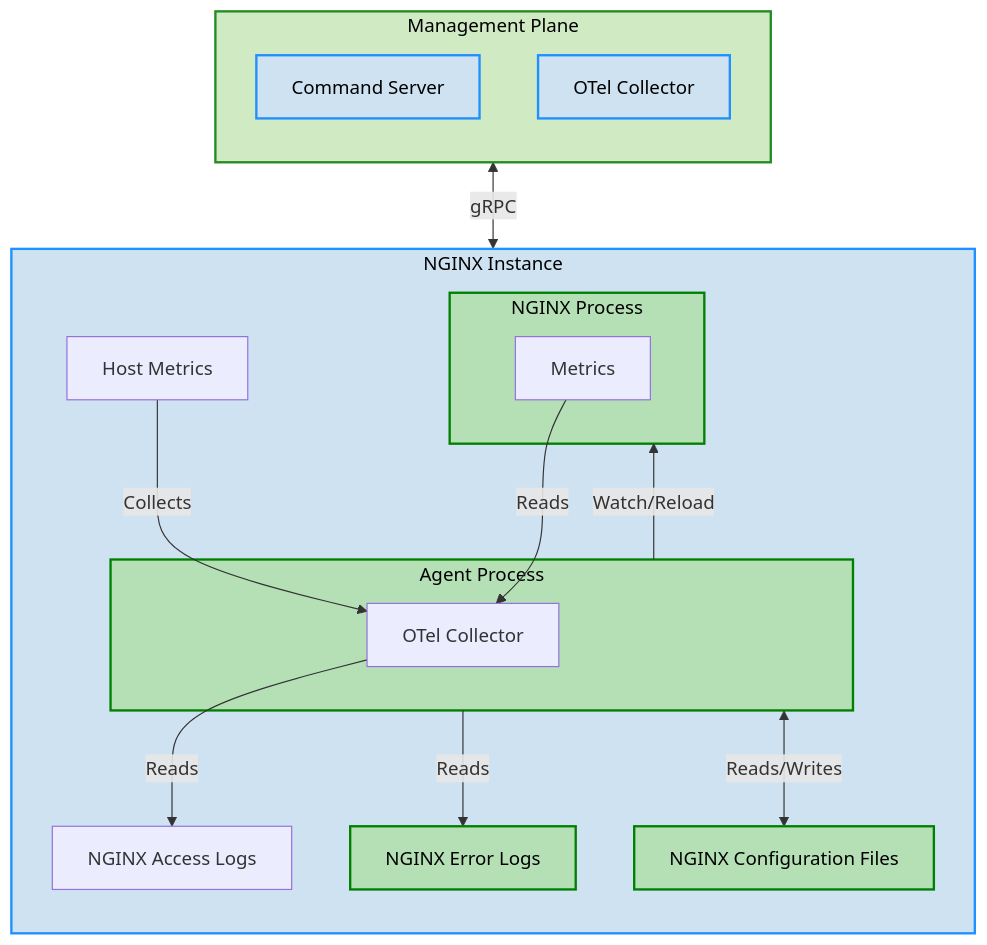
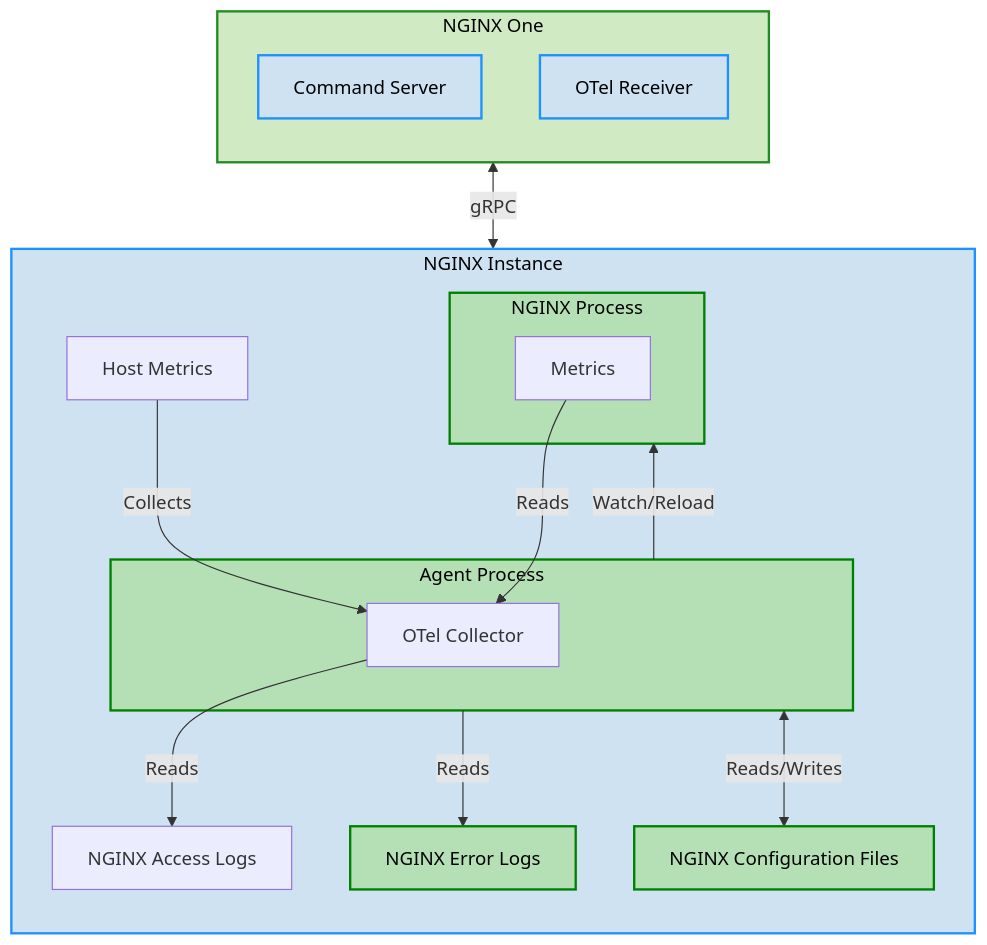
One commit to nginx/documentation changed the diagram in content/agent/about.md. Above: the diagram before and after it, drawn with Mermaid. The commit also changed other lines of this file and 2 other files, not shown here.

Commit message:
Add Agent V3 diagram description

````diff
--- a/content/agent/about.md
+++ b/content/agent/about.md
@@ -45,39 +40,39 @@
 ```mermaid
 graph BT
 
     %% Define colors for the subgraphs
     style ManagementPlane fill:#d0eac4,stroke:#228B22,stroke-width:2px,color:#000000
     style CommandControl fill:#cfe2f1,stroke:#1E90FF,stroke-width:2px,color:#000000
     style OTelManagementPlane fill:#cfe2f1,stroke:#1E90FF,stroke-width:2px,color:#000000
     style Compute fill:#cfe2f1,stroke:#1E90FF,stroke-width:2px,color:#000000
     style NGINX fill:#b5e0b6,stroke:#008000,stroke-width:2px,color:#000000
     style NGINXConfig fill:#b5e0b6,stroke:#008000,stroke-width:2px,color:#000000
     style ErrorLogs fill:#b5e0b6,stroke:#008000,stroke-width:2px,color:#000000
     style Agent fill:#b5e0b6,stroke:#008000,stroke-width:2px,color:#000000
 
-    subgraph ManagementPlane["Management Plane"]
+    subgraph ManagementPlane["NGINX One"]
         CommandControl["Command Server"]
-        OTelManagementPlane["OTel Collector"]
+        OTelManagementPlane["OTel Receiver"]
     end
 
     subgraph Compute["NGINX Instance"]
         subgraph Agent["Agent Process"]
             OTelDataPlane["OTel Collector"]
         end
 
         subgraph NGINX["NGINX Process"]
             NGINXMetrics["Metrics"]
         end
         NGINXConfig["NGINX Configuration Files"]
         ErrorLogs["NGINX Error Logs"]
 
         Metrics["Host Metrics"] --> |Collects| OTelDataPlane
         NGINXMetrics --> |Reads| OTelDataPlane["OTel Collector"]
         Agent --> |Watch/Reload| NGINX
         Agent --> |Reads| ErrorLogs
         OTelDataPlane --> |Reads| AccessLogs["NGINX Access Logs"]
         Agent <--> |Reads/Writes| NGINXConfig
     end
 
     Compute <--> |gRPC| ManagementPlane
 ```
````
